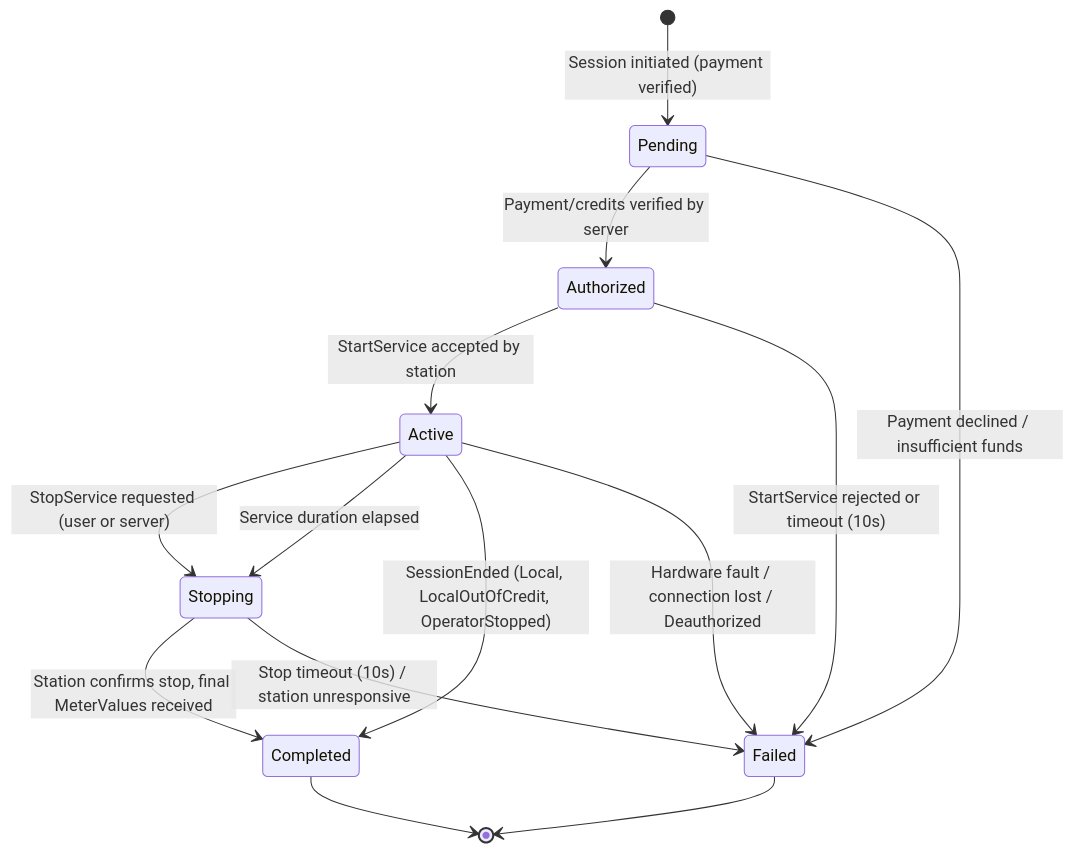
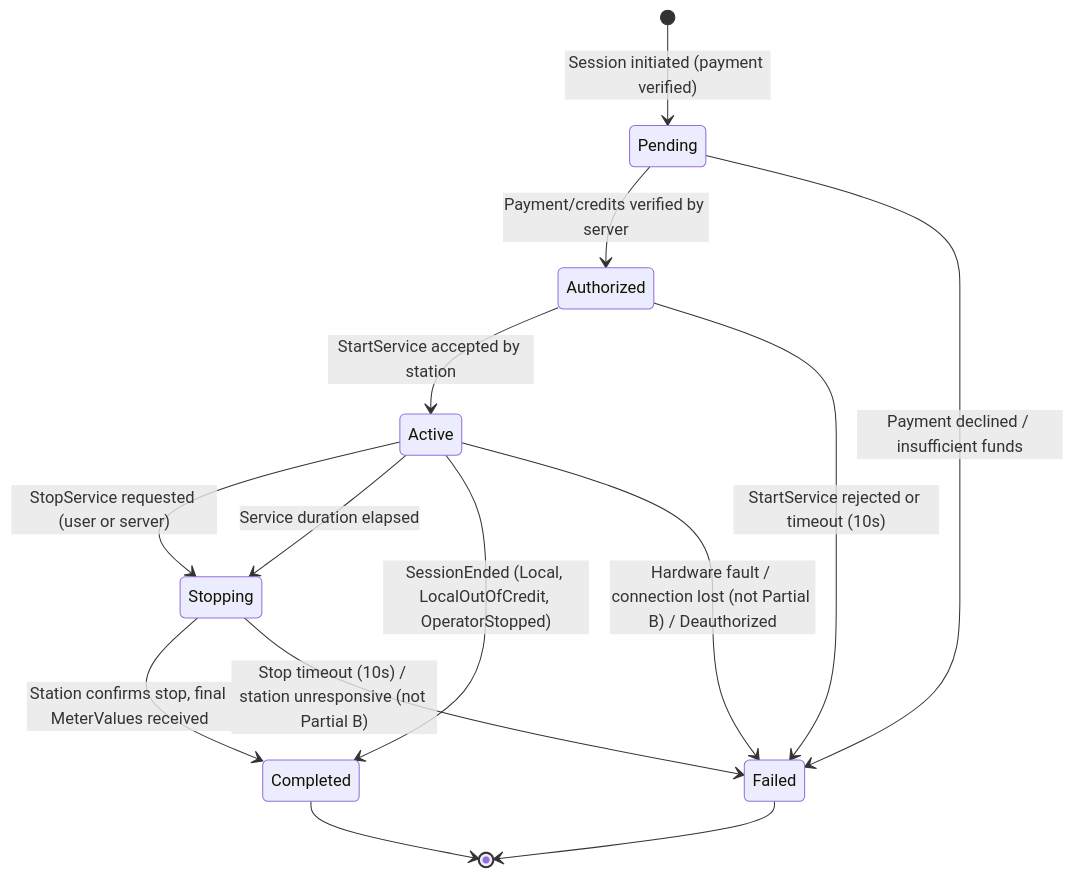
Before and after one commit to ospp-org/spec: the third of 7 diagrams in spec/05-state-machines.md, drawn with Mermaid. The commit also changed other lines of this file and 25 other files, not shown here.

````diff
--- a/spec/05-state-machines.md
+++ b/spec/05-state-machines.md
@@ -467,21 +467,21 @@
 ```mermaid
 stateDiagram-v2
     [*] --> Pending : Session initiated (payment verified)
 
     Pending --> Authorized : Payment/credits verified by server
     Pending --> Failed : Payment declined / insufficient funds
 
     Authorized --> Active : StartService accepted by station
     Authorized --> Failed : StartService rejected or timeout (10s)
 
     Active --> Stopping : StopService requested (user or server)
     Active --> Stopping : Service duration elapsed
     Active --> Completed : SessionEnded (Local, LocalOutOfCredit, OperatorStopped)
-    Active --> Failed : Hardware fault / connection lost / Deauthorized
+    Active --> Failed : Hardware fault / connection lost (not Partial B) / Deauthorized
 
     Stopping --> Completed : Station confirms stop, final MeterValues received
-    Stopping --> Failed : Stop timeout (10s) / station unresponsive
+    Stopping --> Failed : Stop timeout (10s) / station unresponsive (not Partial B)
 
     Completed --> [*]
     Failed --> [*]
 ```
````
